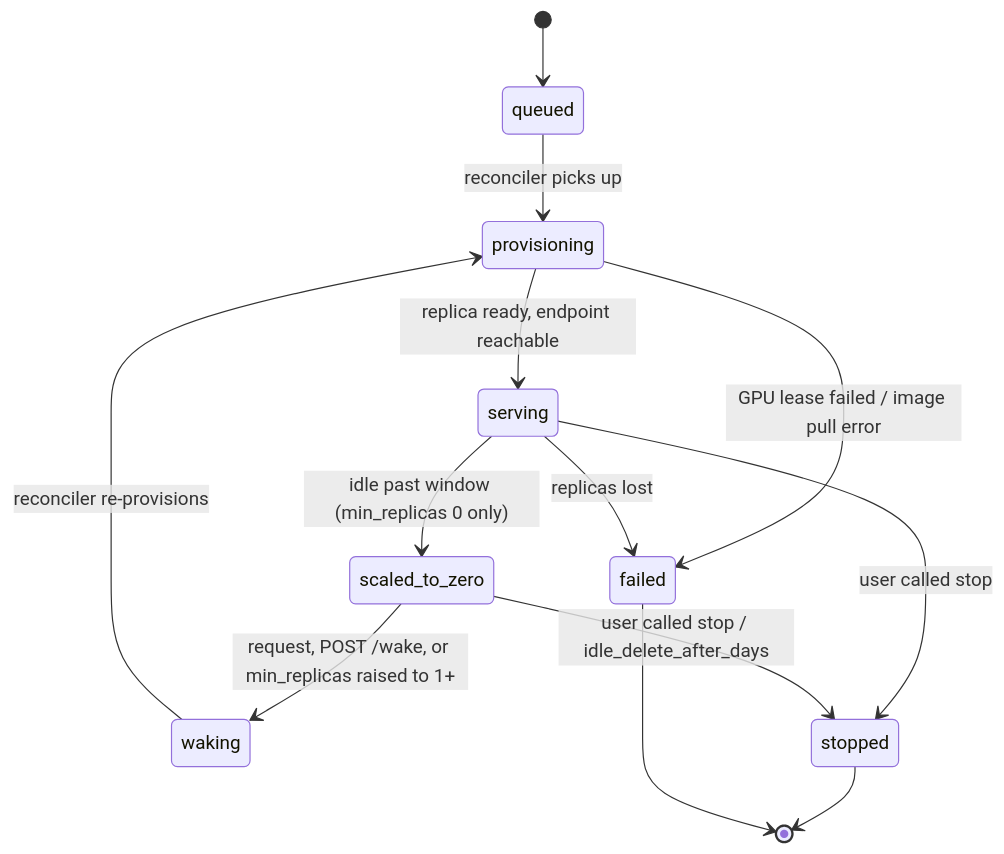
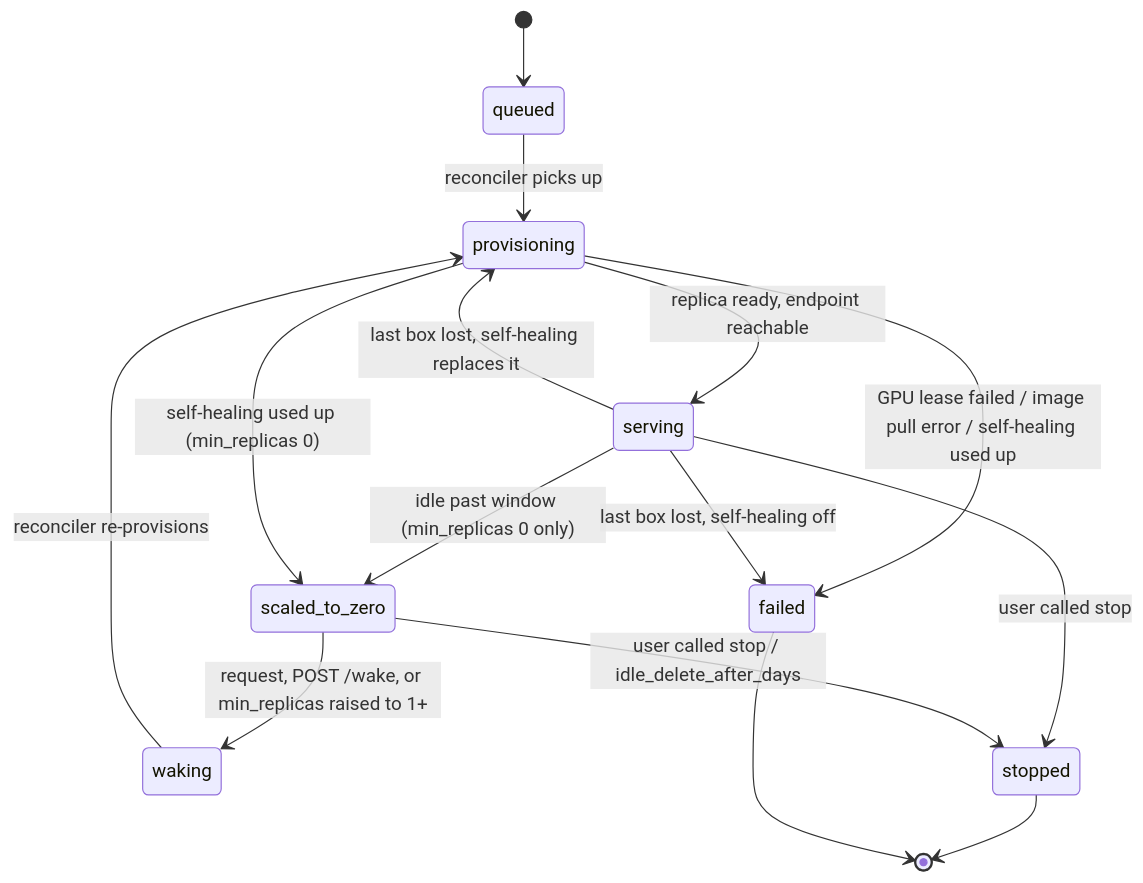
One commit to DannyMang/documentation changed the diagram in deployments.mdx. Above: the diagram before and after it, drawn with Mermaid. The commit also changed other lines of this file and 4 other files, not shown here.

First line of the commit message:
docs: self_heal_attempts and self-healing a lost last box (B18); replica_lost failure code; OpenAPI regenerated

````diff
--- a/deployments.mdx
+++ b/deployments.mdx
@@ -63,15 +64,17 @@
 ```mermaid
 stateDiagram-v2
     [*] --> queued
     queued --> provisioning : reconciler picks up
     provisioning --> serving : replica ready, endpoint reachable
-    provisioning --> failed : GPU lease failed / image pull error
+    provisioning --> failed : GPU lease failed / image pull error / self-healing used up
     serving --> scaled_to_zero : idle past window (min_replicas 0 only)
+    serving --> provisioning : last box lost, self-healing replaces it
+    provisioning --> scaled_to_zero : self-healing used up (min_replicas 0)
     scaled_to_zero --> waking : request, POST /wake, or min_replicas raised to 1+
     waking --> provisioning : reconciler re-provisions
     serving --> stopped : user called stop
     scaled_to_zero --> stopped : user called stop / idle_delete_after_days
-    serving --> failed : replicas lost
+    serving --> failed : last box lost, self-healing off
     stopped --> [*]
     failed --> [*]
 ```
````
